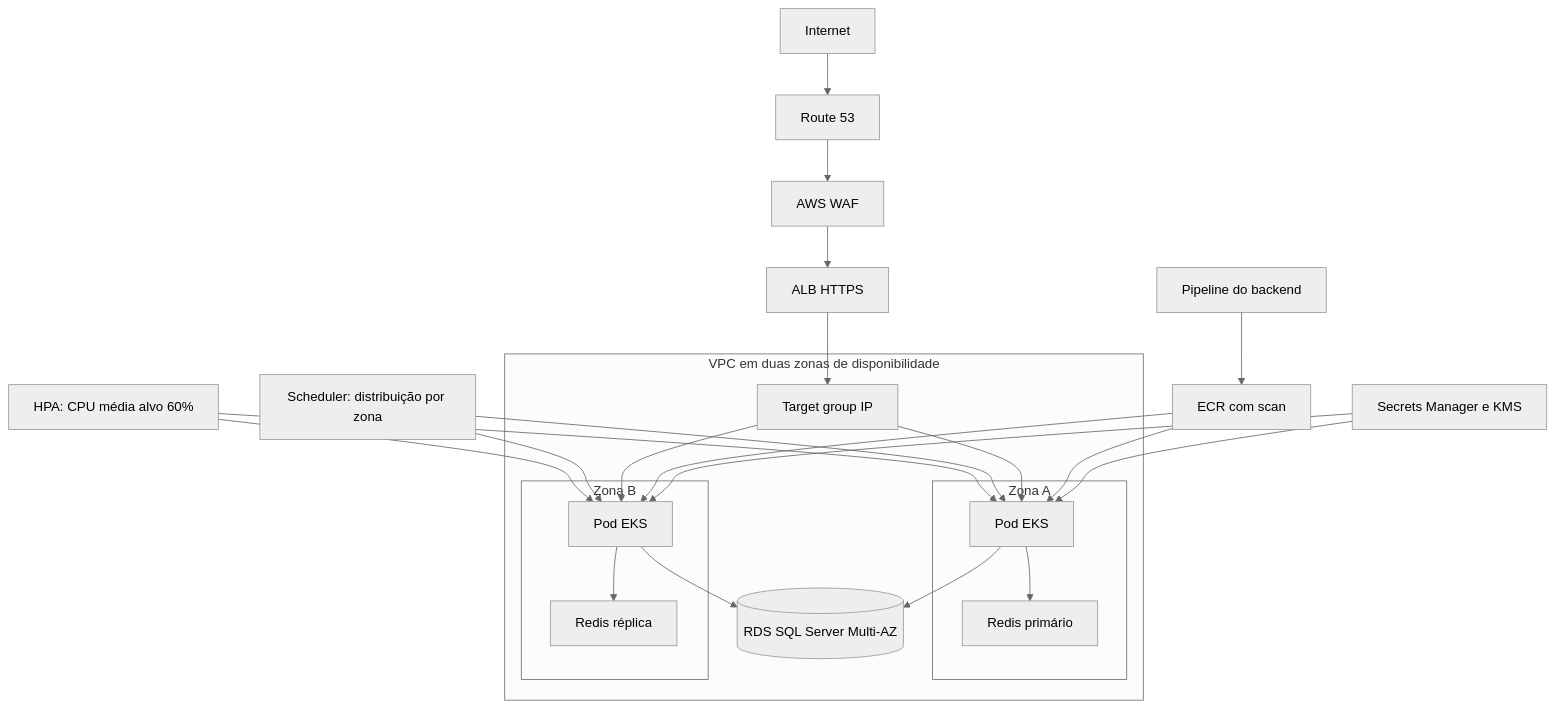
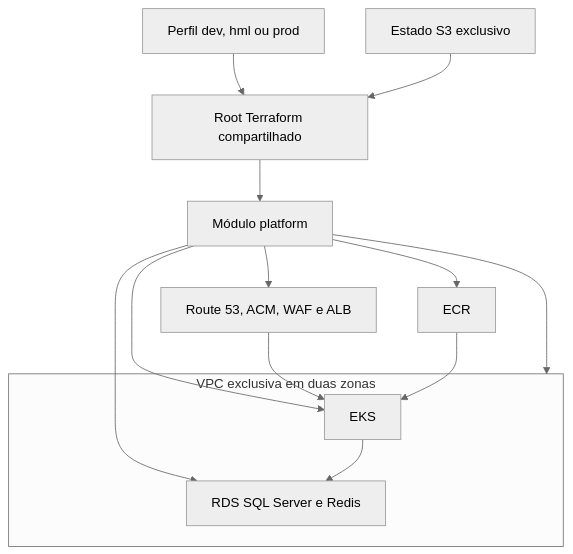
The diagram in architecture/architecture.mmd (wellingtonfds/shipment-tracking-infra), drawn with Mermaid (neutral theme) before and after one commit. The commit also changed 28 other files, not shown here.

```diff
--- a/architecture/architecture.mmd
+++ b/architecture/architecture.mmd
@@ -1,32 +1,16 @@
 flowchart TB
-  Internet --> DNS[Route 53]
-  DNS --> WAF[AWS WAF]
-  WAF --> ALB[ALB HTTPS]
-  ALB --> TG[Target group IP]
-  HPA[HPA: CPU média alvo 60%] --> PodA
-  HPA --> PodB
-  Scheduler[Scheduler: distribuição por zona] --> PodA
-  Scheduler --> PodB
+  Config[Perfil dev, hml ou prod] --> Root[Root Terraform compartilhado]
+  State[Estado S3 exclusivo] --> Root
+  Root --> Module[Módulo platform]
+  Module --> VPC
+  Module --> Edge[Route 53, ACM, WAF e ALB]
+  Module --> EKS
+  Module --> Data[RDS SQL Server e Redis]
+  Module --> ECR
 
-  subgraph VPC[VPC em duas zonas de disponibilidade]
-    subgraph A[Zona A]
-      PodA[Pod EKS]
-      RedisA[Redis primário]
-    end
-    subgraph B[Zona B]
-      PodB[Pod EKS]
-      RedisB[Redis réplica]
-    end
-    TG --> PodA
-    TG --> PodB
-    PodA --> DB[(RDS SQL Server Multi-AZ)]
-    PodB --> DB
-    PodA --> RedisA
-    PodB --> RedisB
+  subgraph VPC[VPC exclusiva em duas zonas]
+    EKS --> Data
   end
 
-  Pipeline[Pipeline do backend] --> ECR[ECR com scan]
-  ECR --> PodA
-  ECR --> PodB
-  Secrets[Secrets Manager e KMS] --> PodA
-  Secrets --> PodB
+  Edge --> EKS
+  ECR --> EKS
```
